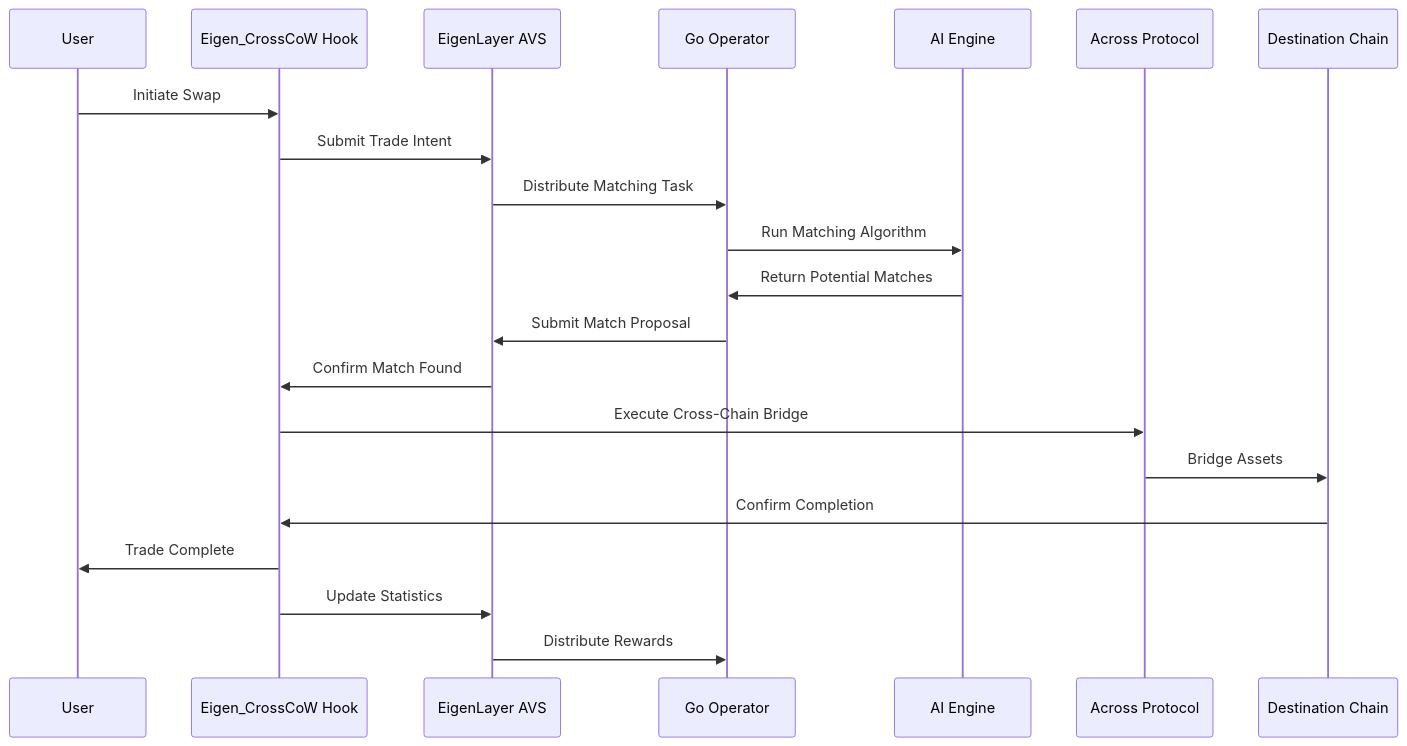
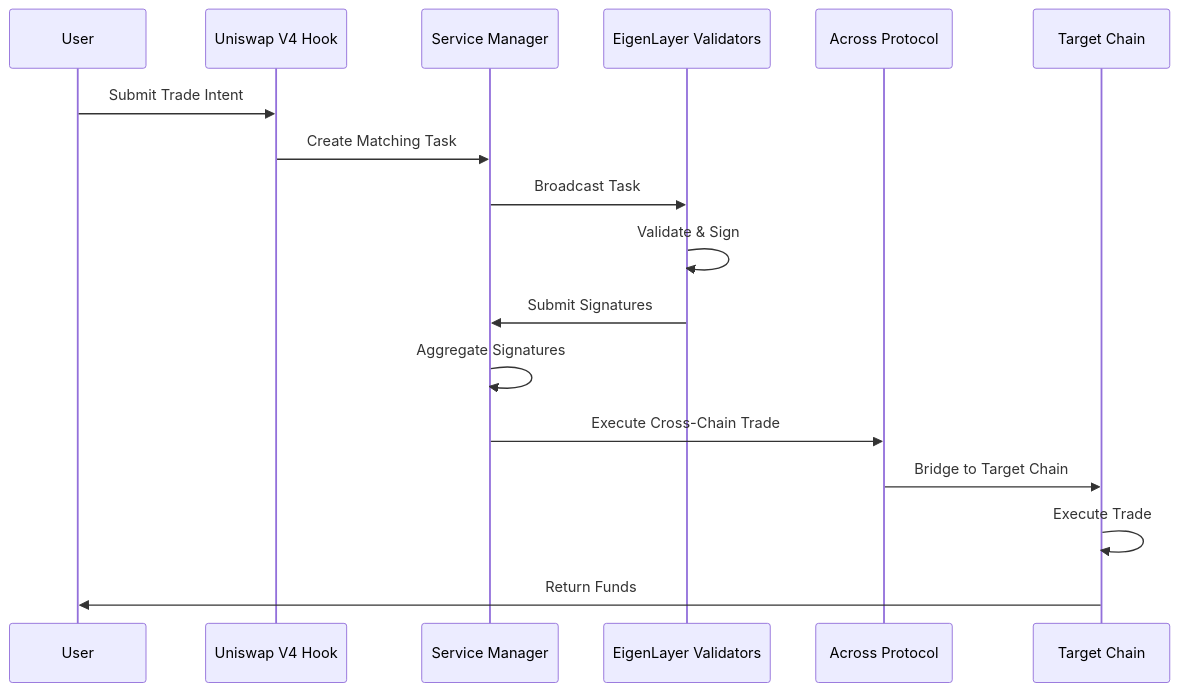
One commit to Najnomics/Eigen_CrossCoW changed the second of 2 diagrams in README.md. Above: the diagram before and after it, drawn with Mermaid. The commit also changed other lines of this file and 7 other files, not shown here.

````diff
--- a/README.md
+++ b/README.md
@@ -490,24 +102,20 @@
 ```mermaid
 sequenceDiagram
-    participant User
-    participant Hook as Eigen_CrossCoW Hook
-    participant AVS as EigenLayer AVS
-    participant Op as Go Operator
-    participant AI as AI Engine
-    participant Across as Across Protocol
-    participant Chain2 as Destination Chain
-
-    User->>Hook: Initiate Swap
-    Hook->>AVS: Submit Trade Intent
-    AVS->>Op: Distribute Matching Task
-    Op->>AI: Run Matching Algorithm
-    AI->>Op: Return Potential Matches
-    Op->>AVS: Submit Match Proposal
-    AVS->>Hook: Confirm Match Found
-    Hook->>Across: Execute Cross-Chain Bridge
-    Across->>Chain2: Bridge Assets
-    Chain2->>Hook: Confirm Completion
-    Hook->>User: Trade Complete
-    Hook->>AVS: Update Statistics
-    AVS->>Op: Distribute Rewards
+    participant U as User
+    participant H as Uniswap V4 Hook
+    participant SM as Service Manager
+    participant V as EigenLayer Validators
+    participant A as Across Protocol
+    participant TC as Target Chain
+    
+    U->>H: Submit Trade Intent
+    H->>SM: Create Matching Task
+    SM->>V: Broadcast Task
+    V->>V: Validate & Sign
+    V->>SM: Submit Signatures
+    SM->>SM: Aggregate Signatures
+    SM->>A: Execute Cross-Chain Trade
+    A->>TC: Bridge to Target Chain
+    TC->>TC: Execute Trade
+    TC->>U: Return Funds
 ```
````
